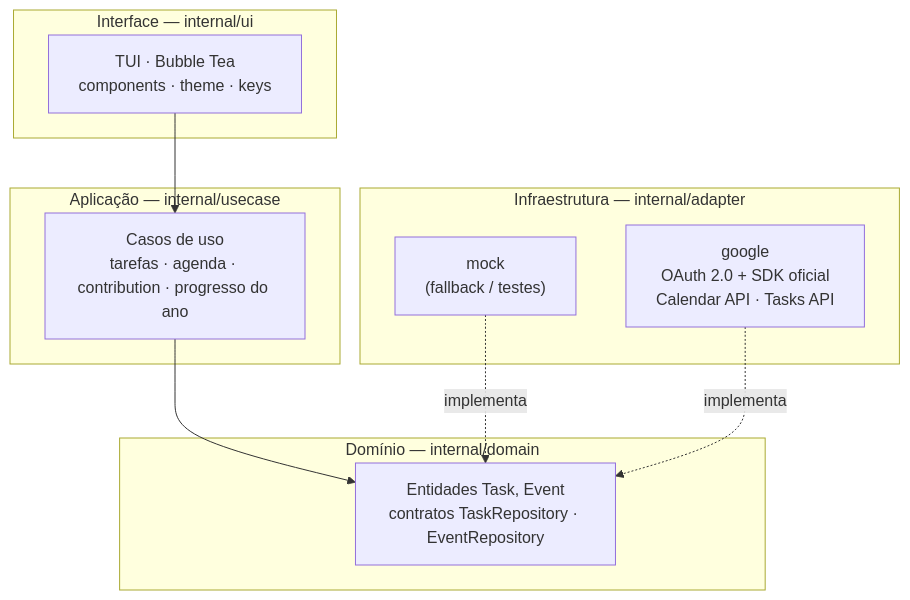
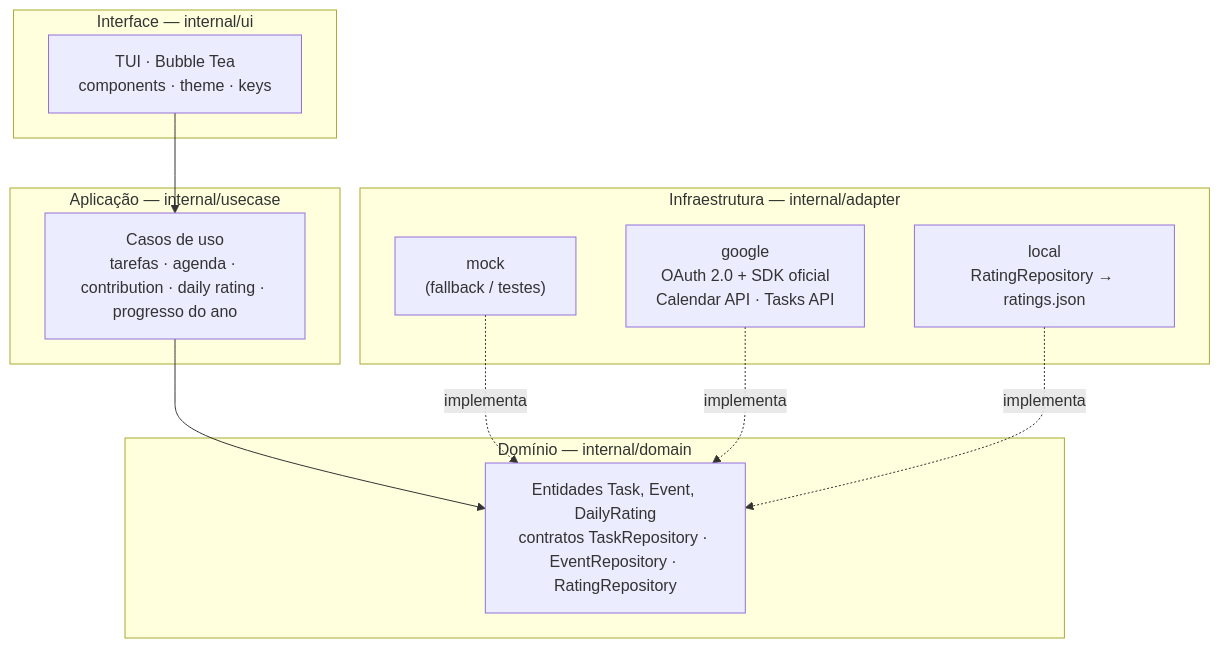
The diagram in README.md (TETEURYAN/tocli), drawn with Mermaid before and after one commit. The commit also changed other lines of this file and 13 other files, not shown here.

First line of the commit message:
TUI-04: Add Daily Rating Graph mode to Graph Pane (#6)

````diff
--- a/README.md
+++ b/README.md
@@ -180,21 +207,23 @@
 ```mermaid
 flowchart TB
     subgraph ui_layer["Interface — internal/ui"]
         UI["TUI · Bubble Tea\ncomponents · theme · keys"]
     end
     subgraph app_layer["Aplicação — internal/usecase"]
-        UC["Casos de uso\ntarefas · agenda · contribution · progresso do ano"]
+        UC["Casos de uso\ntarefas · agenda · contribution · daily rating · progresso do ano"]
     end
     subgraph domain_layer["Domínio — internal/domain"]
-        DM["Entidades Task, Event\ncontratos TaskRepository · EventRepository"]
+        DM["Entidades Task, Event, DailyRating\ncontratos TaskRepository · EventRepository · RatingRepository"]
     end
     subgraph infra_layer["Infraestrutura — internal/adapter"]
         MOCK["mock\n(fallback / testes)"]
         GOOGLE["google\nOAuth 2.0 + SDK oficial\nCalendar API · Tasks API"]
+        LOCAL["local\nRatingRepository → ratings.json"]
     end
 
     UI --> UC
     UC --> DM
     MOCK -.->|implementa| DM
     GOOGLE -.->|implementa| DM
+    LOCAL -.->|implementa| DM
 ```
````
